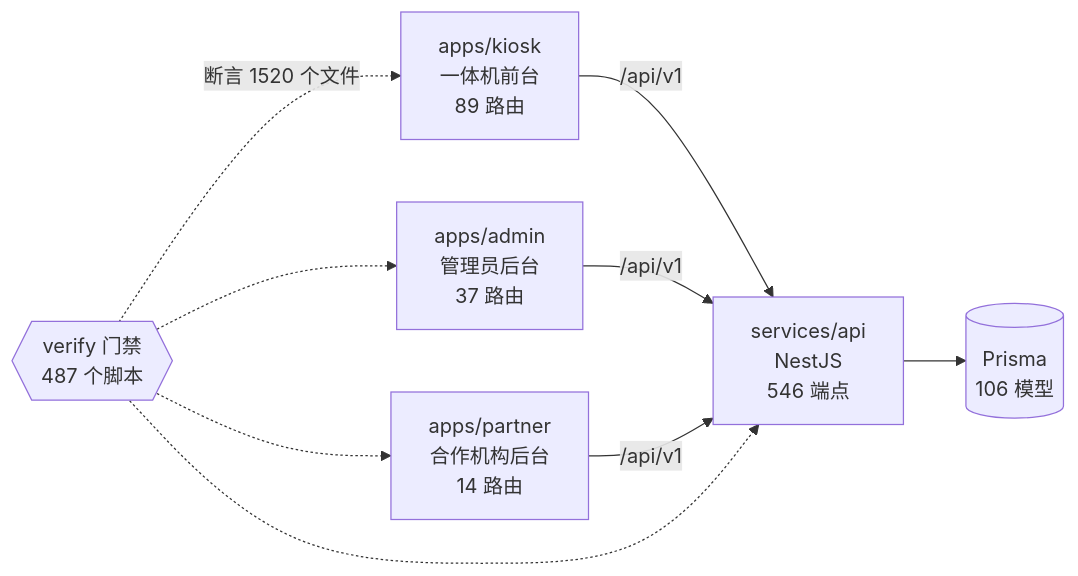
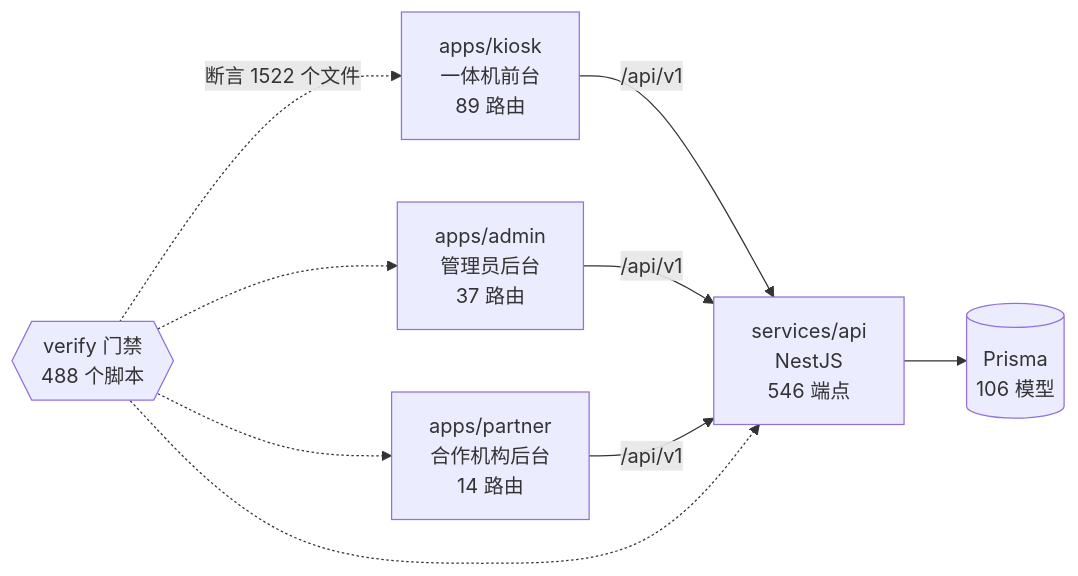
Before and after one commit to wanglei581/YITIJI: the diagram in docs/graph/README.md, drawn with Mermaid. The commit also changed other lines of this file and 3 other files, not shown here.

First line of the commit message:
docs(progress): record kiosk 3.5c AI labels and regenerate the graph

````diff
--- a/docs/graph/README.md
+++ b/docs/graph/README.md
@@ -68,18 +68,18 @@
 ```mermaid
 flowchart LR
   kiosk["apps/kiosk<br/>一体机前台<br/>89 路由"]
   admin["apps/admin<br/>管理员后台<br/>37 路由"]
   partner["apps/partner<br/>合作机构后台<br/>14 路由"]
   api["services/api<br/>NestJS<br/>546 端点"]
   db[("Prisma<br/>106 模型")]
-  gates{{"verify 门禁<br/>487 个脚本"}}
+  gates{{"verify 门禁<br/>488 个脚本"}}
 
   kiosk -->|"/api/v1"| api
   admin -->|"/api/v1"| api
   partner -->|"/api/v1"| api
   api --> db
-  gates -.->|"断言 1520 个文件"| kiosk
+  gates -.->|"断言 1522 个文件"| kiosk
   gates -.-> admin
   gates -.-> partner
   gates -.-> api
 ```
````
